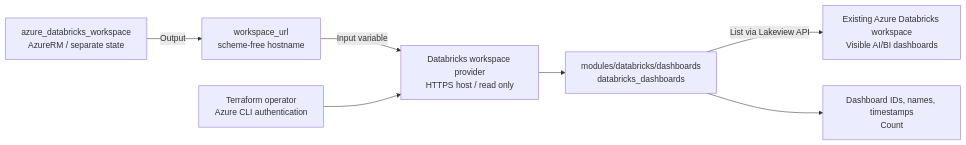
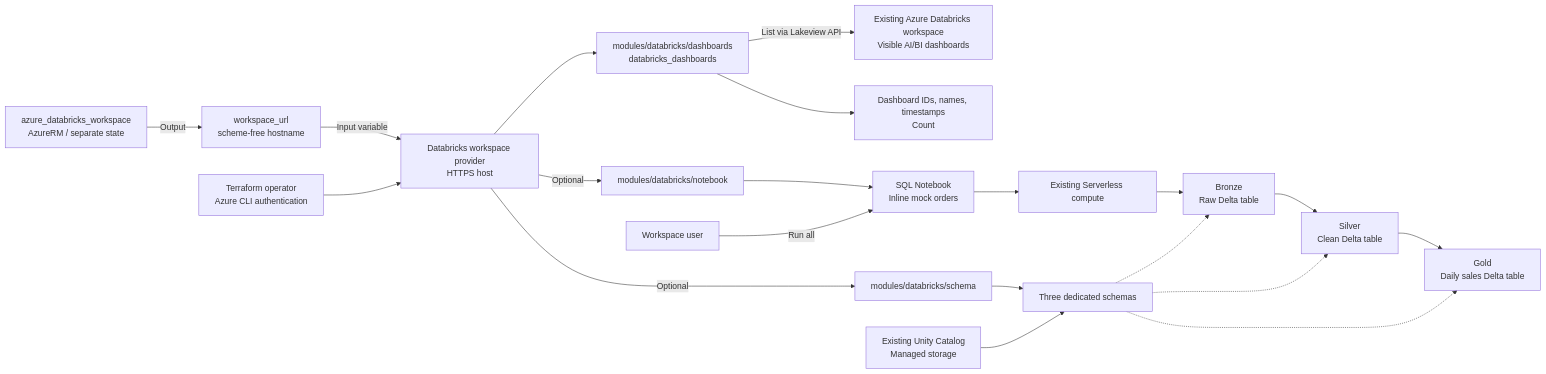
One commit to ks6088ts/template-terraform changed the diagram in infra/scenarios/databricks_playground/README.ja.md. Above: the diagram before and after it, drawn with Mermaid. The commit also changed other lines of this file and 26 other files, not shown here.

First line of the commit message:
Enhance Databricks Playground Scenario with Medallion Architecture Support

````diff
--- a/infra/scenarios/databricks_playground/README.ja.md
+++ b/infra/scenarios/databricks_playground/README.ja.md
@@ -42,17 +66,40 @@
 ```mermaid
 flowchart LR
     Provisioning["azure_databricks_workspace<br/>AzureRM / separate state"]
     Hostname["workspace_url<br/>scheme-free hostname"]
     Operator["Terraform operator<br/>Azure CLI authentication"]
-    Provider["Databricks workspace provider<br/>HTTPS host / read only"]
+    Provider["Databricks workspace provider<br/>HTTPS host"]
     Module["modules/databricks/dashboards<br/>databricks_dashboards"]
     Workspace["Existing Azure Databricks workspace<br/>Visible AI/BI dashboards"]
     Outputs["Dashboard IDs, names, timestamps<br/>Count"]
+    Catalog["Existing Unity Catalog<br/>Managed storage"]
+    SchemaModule["modules/databricks/schema"]
+    Schemas["Three dedicated schemas"]
+    NotebookModule["modules/databricks/notebook"]
+    Notebook["SQL Notebook<br/>Inline mock orders"]
+    User["Workspace user"]
+    Compute["Existing Serverless compute"]
+    Bronze["Bronze<br/>Raw Delta table"]
+    Silver["Silver<br/>Clean Delta table"]
+    Gold["Gold<br/>Daily sales Delta table"]
 
     Provisioning -->|Output| Hostname
     Hostname -->|Input variable| Provider
     Operator --> Provider
     Provider --> Module
     Module -->|List via Lakeview API| Workspace
     Module --> Outputs
+    Provider -->|Optional| SchemaModule
+    SchemaModule --> Schemas
+    Catalog --> Schemas
+    Provider -->|Optional| NotebookModule
+    NotebookModule --> Notebook
+    User -->|Run all| Notebook
+    Notebook --> Compute
+    Compute --> Bronze
+    Bronze --> Silver
+    Silver --> Gold
+    Schemas -.-> Bronze
+    Schemas -.-> Silver
+    Schemas -.-> Gold
 ```
````
